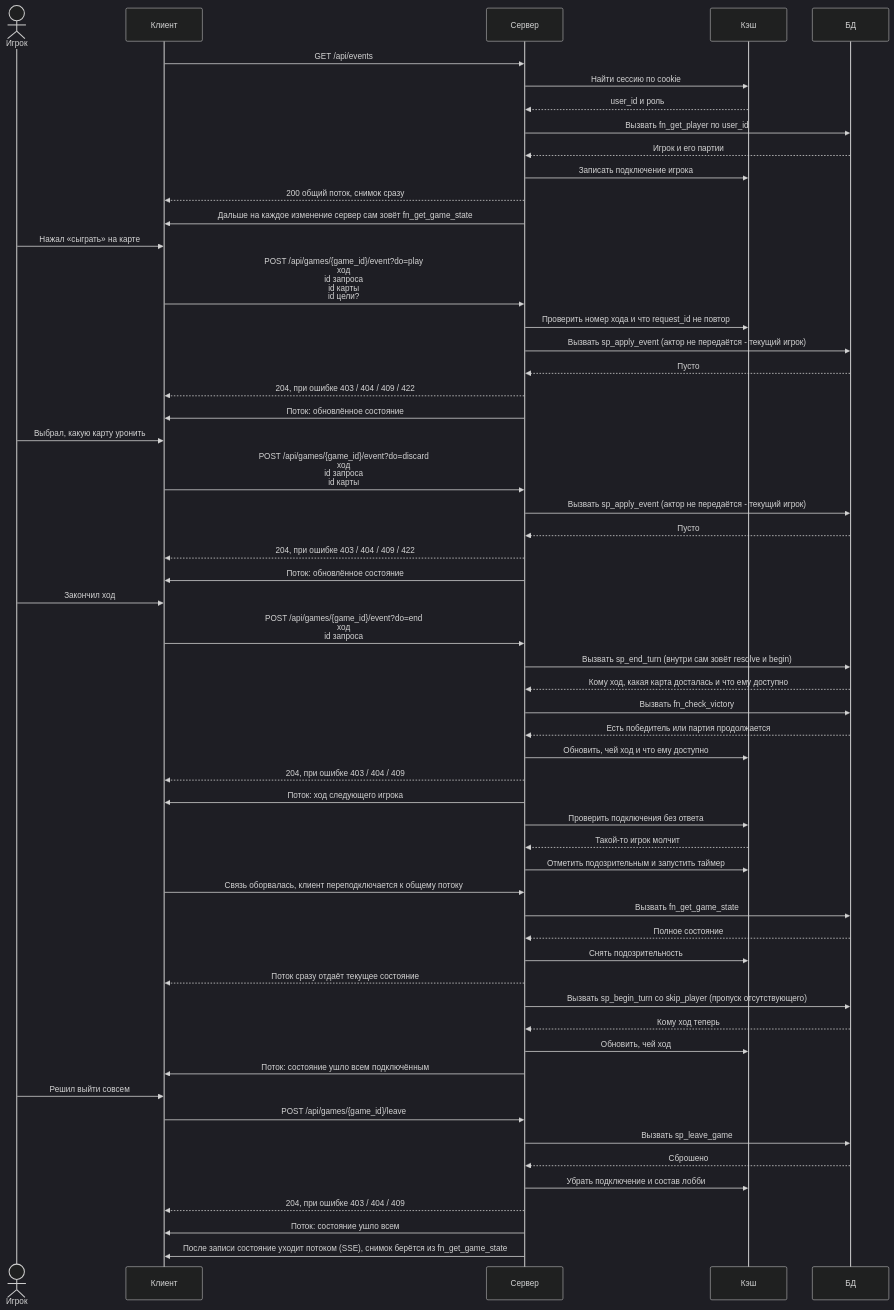
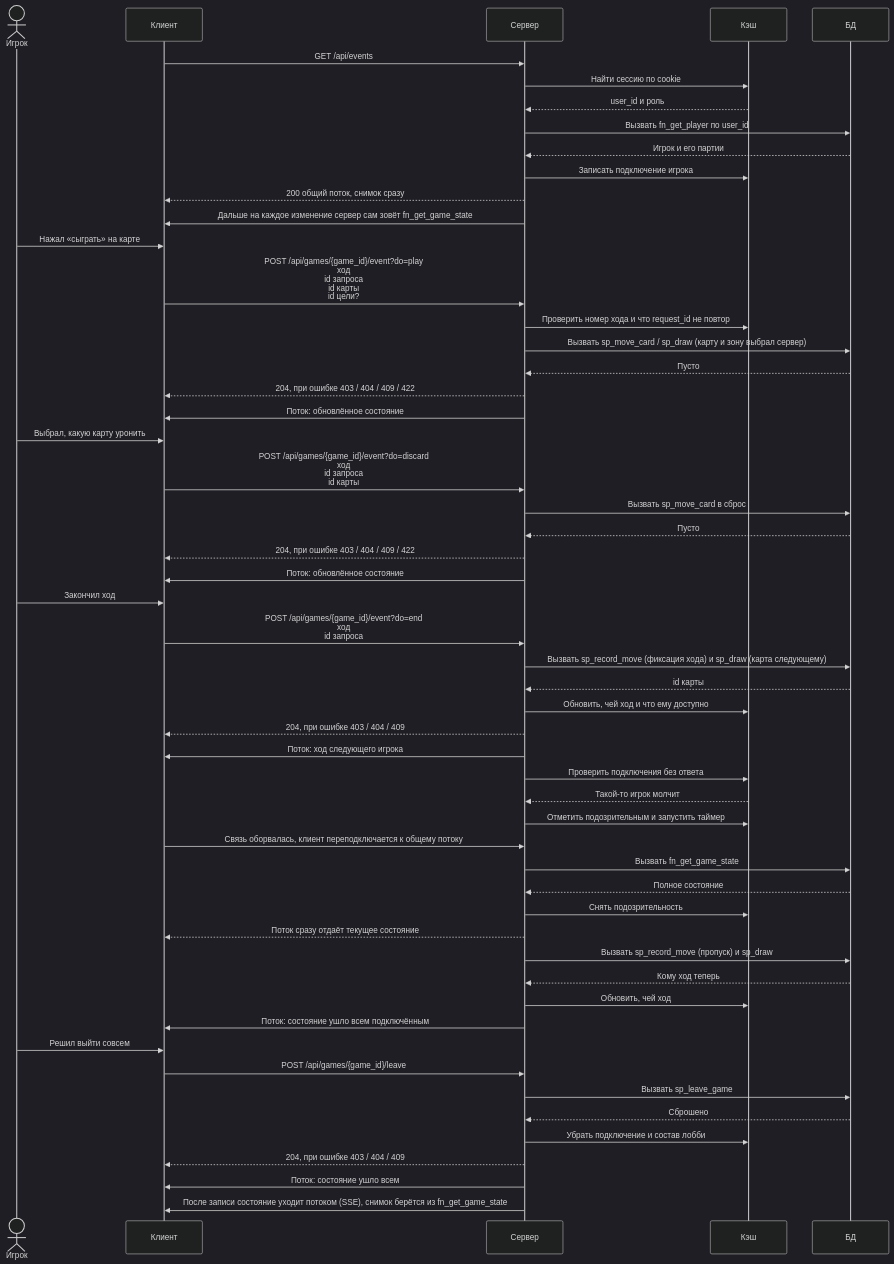
One commit to docup1/edin-game changed the diagram in diagrams/game.mmd. Above: the diagram before and after it, drawn with Mermaid (dark theme). The commit also changed 18 other files, not shown here.

Commit message:
Сведи SQL к тупому хранилищу, движок механик вынеси на бэк (44 -> 24 функций)

```diff
--- a/diagrams/game.mmd
+++ b/diagrams/game.mmd
@@ -1,126 +1,123 @@
 %% Всё, что происходит во время партии: поток, ход, обрыв связи, пропуск, выход.
 %% Два эндпоинта: один event с действием в query и выход.
 %% Клиент оперирует картами и выбирает цель. Названия механик, назначение,
 %% количество и позиции определяет сервер - клиент их не знает и не видит.
 %% Связь и признак «кто на связи» - в кэше, все факты - в базе.
-%% Ошибки: 403 не его ход (сравнивает сервер по кэшу game:{id}:turn, до SQL),
+%% Ошибки: 403 не его ход (сравнивает сервер по кэшу game:{id}:turn),
 %% 404 нет партии, 409 номер хода не совпал или повтор request_id,
-%% 422 карта не в available или цель не из присланного списка. Актор в SQL не
-%% передаётся: действует текущий игрок, база проверяет лишь, что карта в его руке.
+%% 422 карта не в available или цель не из присланного списка. Все проверки и
+%% разбор механик - на сервере; SQL только пишет и читает данные.
 %% Состояние в потоке всегда полное и приходит при любом изменении, отдельных
 %% событий про карты и ходы нет. Сессия лежит в кэше, поэтому перезапуск
 %% сервера теряет только входы, а факты об игре остаются в базе.
 sequenceDiagram
     actor U as Игрок
     participant C as Клиент
     participant S as Сервер
     participant K as Кэш
     participant D as БД
 
     C->>S: GET /api/events
     S->>K: Найти сессию по cookie
     K-->>S: user_id и роль
     S->>D: Вызвать fn_get_player по user_id
     D-->>S: Игрок и его партии
     S->>K: Записать подключение игрока
     S-->>C: 200 общий поток, снимок сразу
     S->>C: Дальше на каждое изменение сервер сам зовёт fn_get_game_state
 
     U->>C: Нажал «сыграть» на карте
     C->>S: POST /api/games/{game_id}/event?do=play<br/>ход<br/>id запроса<br/>id карты<br/>id цели?
     S->>K: Проверить номер хода и что request_id не повтор
-    S->>D: Вызвать sp_apply_event (актор не передаётся - текущий игрок)
+    S->>D: Вызвать sp_move_card / sp_draw (карту и зону выбрал сервер)
     D-->>S: Пусто
     S-->>C: 204, при ошибке 403 / 404 / 409 / 422
     S->>C: Поток: обновлённое состояние
 
     U->>C: Выбрал, какую карту уронить
     C->>S: POST /api/games/{game_id}/event?do=discard<br/>ход<br/>id запроса<br/>id карты
-    S->>D: Вызвать sp_apply_event (актор не передаётся - текущий игрок)
+    S->>D: Вызвать sp_move_card в сброс
     D-->>S: Пусто
     S-->>C: 204, при ошибке 403 / 404 / 409 / 422
     S->>C: Поток: обновлённое состояние
 
     U->>C: Закончил ход
     C->>S: POST /api/games/{game_id}/event?do=end<br/>ход<br/>id запроса
-    S->>D: Вызвать sp_end_turn (внутри сам зовёт resolve и begin)
-    D-->>S: Кому ход, какая карта досталась и что ему доступно
-    S->>D: Вызвать fn_check_victory
-    D-->>S: Есть победитель или партия продолжается
+    S->>D: Вызвать sp_record_move (фиксация хода) и sp_draw (карта следующему)
+    D-->>S: id карты
     S->>K: Обновить, чей ход и что ему доступно
     S-->>C: 204, при ошибке 403 / 404 / 409
     S->>C: Поток: ход следующего игрока
 
     S->>K: Проверить подключения без ответа
     K-->>S: Такой-то игрок молчит
     S->>K: Отметить подозрительным и запустить таймер
     C->>S: Связь оборвалась, клиент переподключается к общему потоку
     S->>D: Вызвать fn_get_game_state
     D-->>S: Полное состояние
     S->>K: Снять подозрительность
     S-->>C: Поток сразу отдаёт текущее состояние
 
-    S->>D: Вызвать sp_begin_turn со skip_player (пропуск отсутствующего)
+    S->>D: Вызвать sp_record_move (пропуск) и sp_draw
     D-->>S: Кому ход теперь
     S->>K: Обновить, чей ход
     S->>C: Поток: состояние ушло всем подключённым
 
     U->>C: Решил выйти совсем
     C->>S: POST /api/games/{game_id}/leave
     S->>D: Вызвать sp_leave_game
     D-->>S: Сброшено
     S->>K: Убрать подключение и состав лобби
     S-->>C: 204, при ошибке 403 / 404 / 409
     S->>C: Поток: состояние ушло всем
 
     S->>C: После записи состояние уходит потоком (SSE), снимок берётся из fn_get_game_state
 
     %% available - просто список карт, которые можно сыграть. Названий механик
     %% клиент не знает. Если карте нужна цель, сервер пишет это прямо в
     %% карточке и присылает список целей, из которых игрок выбирает.
     %% Тело event при do=play: { turn, request_id, card_id, target_id? }.
     %% Действие живёт в query как do: play, discard, end. Тело при этом
     %% одно и то же для всех, поля зависят от действия.
     %% Добора из колоды отдельного действия нет: карта добирает механикой
-    %% DRAW_FROM_DECK, то есть через play, а в начале хода карту берёт
-    %% sp_begin_turn. Клиент не может взять из колоды просто так.
+    %% DRAW_FROM_DECK, то есть через play, а в начале хода карту берёт сервер
+    %% (sp_draw). Клиент не может взять из колоды просто так.
     %% do=discard кладёт указанную карту в сброс. Никаких названий механик
     %% в запросе нет.
     %% По карте сервер сам находит её механики и решает, куда её класть, сколько
     %% карт связано и на какую позицию. Разовые механики карты отрабатывают все
     %% разом, выбрать одну из нескольких нельзя. То, что осталось в стойке,
     %% живёт дальше по своим правилам.
     %% Одна операция - одна транзакция. Проверяется против состояния, а не против
     %% того, что прислал клиент. Не прошла - откат целиком и 422.
     %% Ответ пустой не потому, что серверу нечего сказать: состояние приходит
     %% в поток, а дублировать его значило бы отправить его дважды.
     %% event можно слать несколько подряд: каждый применяется сразу, поэтому
     %% следующий видит уже изменённое состояние, и порядок важен.
     %% Ограничения клиент не проверяет - сервер пересчитывает available.
     %% do=end сбрасывает лишние карты и закрывает ход, дальше открывает следующий
     %% сам, без запроса клиента.
     %% Живые эффекты стойла (PROTECT_STABLE, RESTRICT_CARD_PLAY,
-    %% COUNT_AS_UNICORN) читаются на лету через _player_status, отдельного
-    %% пересчёта нет. Механика упала - пропускаем её, пишем в лог и идём
-    %% дальше: одна сломанная карта не должна останавливать игру.
-    %% sp_begin_turn открывает ход выбранного игрока. Пропуск приходит
-    %% аргументом skip_player: ход пропущенного фиксируется записью в лог,
-    %% карта не берётся, триггеры начала хода не запускаются, очередь идёт
-    %% дальше. Пропуски подряд считаются, чтобы не зациклиться. Триггеры
-    %% начала хода запускает сам sp_begin_turn и только у того, чей ход
-    %% действительно открывается.
+    %% COUNT_AS_UNICORN) сервер читает из снимка (stable с механиками карт),
+    %% отдельного пересчёта нет. Механика упала - пропускаем её, пишем в лог
+    %% и идём дальше: одна сломанная карта не должна останавливать игру.
+    %% Сервер сам открывает ход выбранного игрока. Пропуск фиксируется записью
+    %% хода в лог (sp_record_move): карта не берётся, триггеры начала хода не
+    %% запускаются, очередь идёт дальше. Пропуски подряд считаются, чтобы не
+    %% зациклиться. Триггеры начала хода сервер запускает только у того, чей
+    %% ход действительно открывается.
     %% Разорванную связь не считаем выходом сразу: ждём короткое время, вдруг
     %% это плохая связь. Догонять историю не нужно, снимок и так полный - клиент
     %% перерисовывает всё заново. Номера событий не храним и Last-Event-ID не
     %% шлём.
     %% Клиент не вернулся до конца таймера - ход переходит дальше по правилам,
     %% счётчик ходов увеличивается, чтобы игрок не накапливал ходы за время
     %% отсутствия. Пересчёт защит и запретов идёт как обычно, он не зависит от
     %% того, чей ход.
     %% sp_leave_game отправляет карты игрока в сброс, но сам игрок остаётся в
     %% партии с пустой рукой: выбывшим он не считается, место за ним сохраняется,
     %% поэтому join пускает его обратно даже после старта. Ход ему не вернётся,
     %% но состояние он увидит полностью. Ничего не теряется, потому что все
     %% факты о партии лежат в базе, а в кэше только сессии и подключения.
     %% Уведомления идут через базу, поэтому все экземпляры сервера видят одно и
     %% то же состояние.
```
